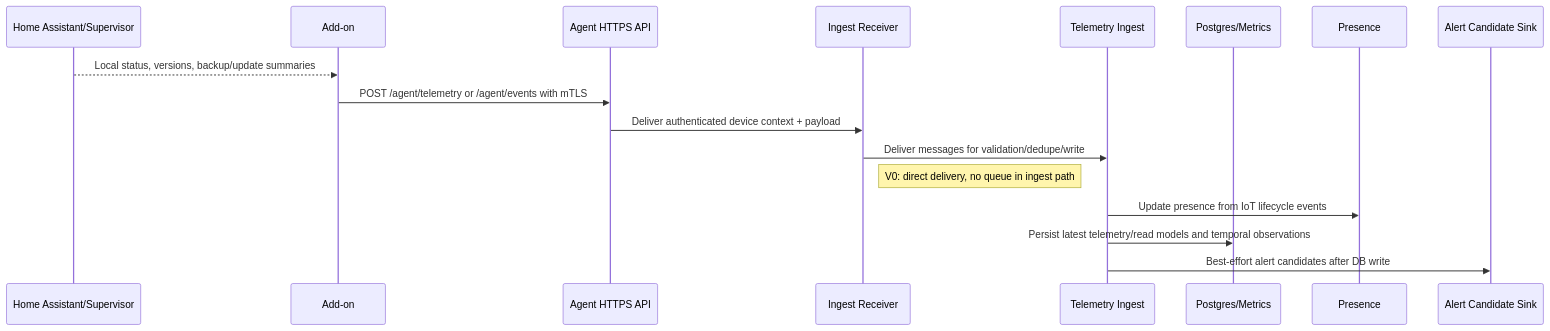
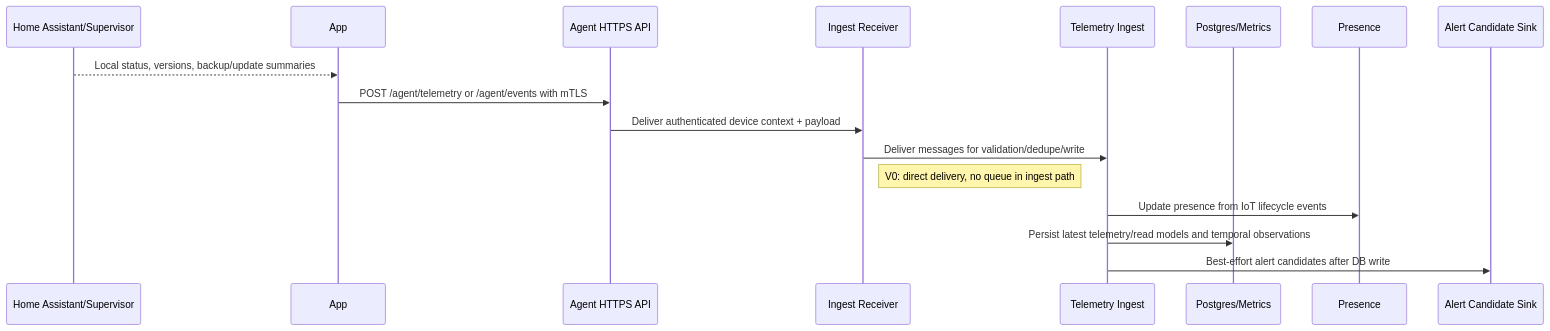
One commit to homesignal-io/homesignal-home-assistant-app changed the third of 8 diagrams in design-docs/service-map.md. Above: the diagram before and after it, drawn with Mermaid. The commit also changed other lines of this file and 73 other files, not shown here.

````diff
--- a/design-docs/service-map.md
+++ b/design-docs/service-map.md
@@ -222,21 +222,21 @@
 ```mermaid
 sequenceDiagram
   participant HA as Home Assistant/Supervisor
-  participant Addon as Add-on
+  participant App as App
   participant AgentAPI as Agent HTTPS API
   participant Receiver as Ingest Receiver
   participant Ingest as Telemetry Ingest
   participant DB as Postgres/Metrics
   participant Presence as Presence
   participant Alerts as Alert Candidate Sink
   participant DB as Postgres/Metrics
 
-  HA-->>Addon: Local status, versions, backup/update summaries
-  Addon->>AgentAPI: POST /agent/telemetry or /agent/events with mTLS
+  HA-->>App: Local status, versions, backup/update summaries
+  App->>AgentAPI: POST /agent/telemetry or /agent/events with mTLS
   AgentAPI->>Receiver: Deliver authenticated device context + payload
   Receiver->>Ingest: Deliver messages for validation/dedupe/write
   Note right of Receiver: V0: direct delivery, no queue in ingest path
   Ingest->>Presence: Update presence from IoT lifecycle events
   Ingest->>DB: Persist latest telemetry/read models and temporal observations
   Ingest->>Alerts: Best-effort alert candidates after DB write
 ```
````
